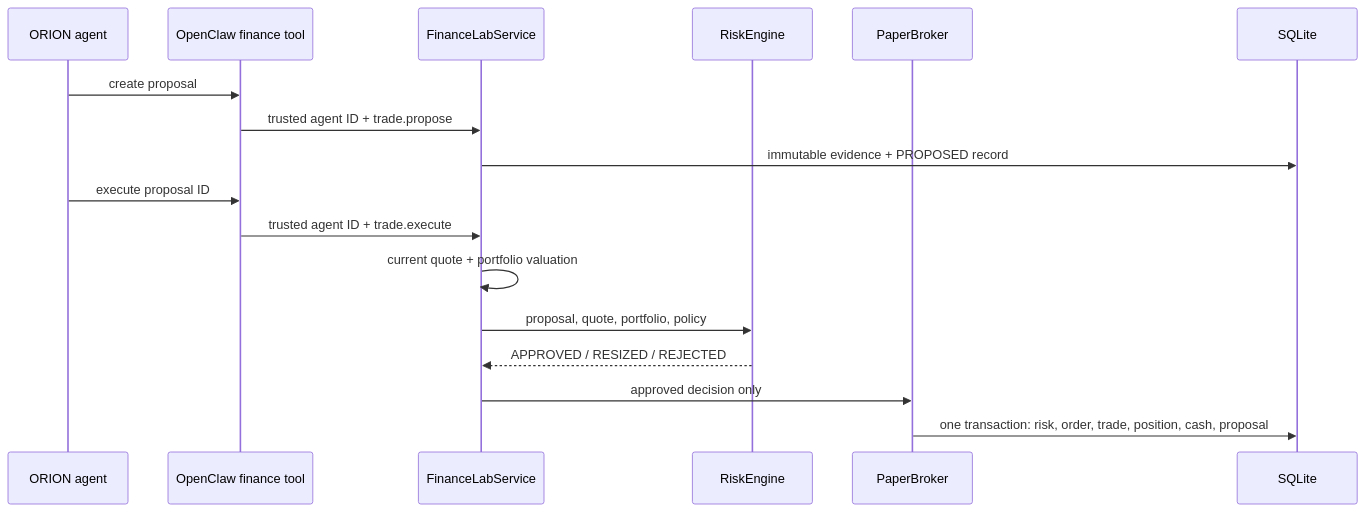
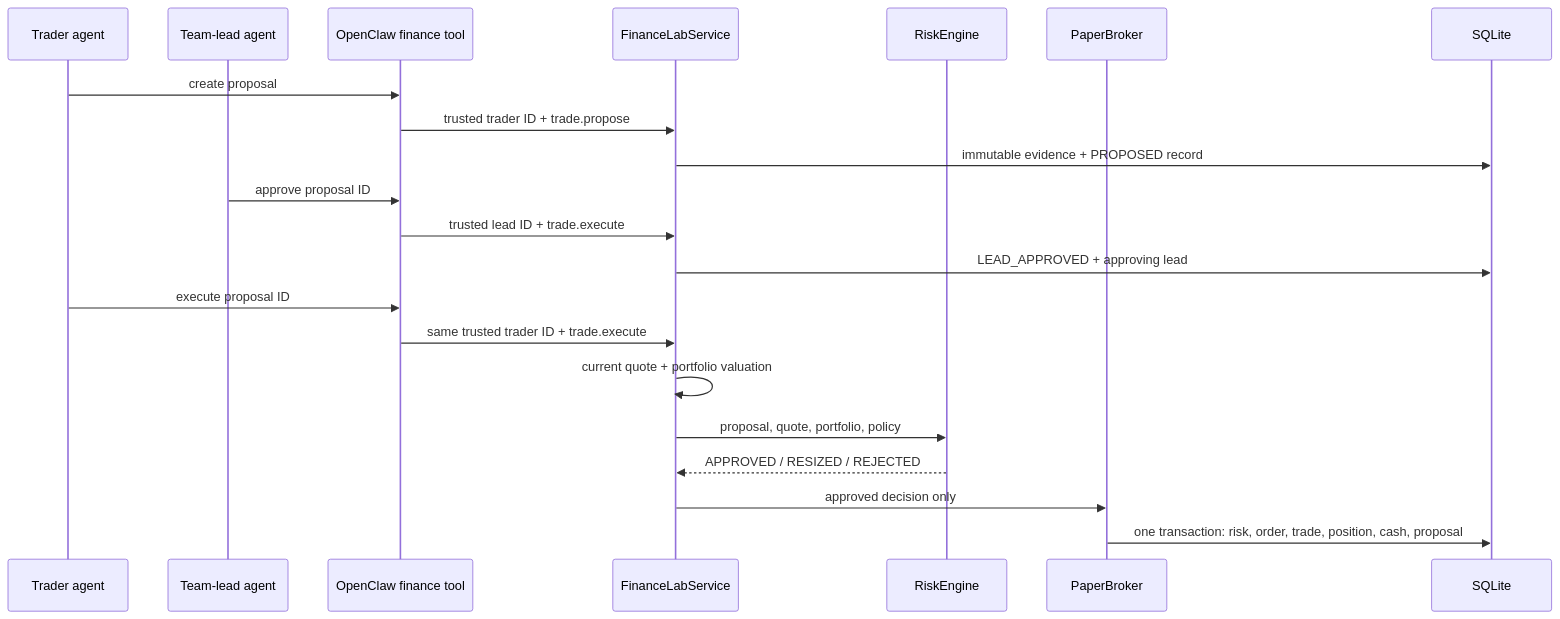
Before and after one commit to tol518/orion-finance-lab: the second of 2 diagrams in docs/architecture.md, drawn with Mermaid. The commit also changed other lines of this file and 20 other files, not shown here.

````diff
--- a/docs/architecture.md
+++ b/docs/architecture.md
@@ -52,20 +73,24 @@
 ```mermaid
 sequenceDiagram
-  participant A as ORION agent
-  participant T as OpenClaw finance tool
+  participant T as Trader agent
+  participant L as Team-lead agent
+  participant O as OpenClaw finance tool
   participant F as FinanceLabService
   participant R as RiskEngine
   participant B as PaperBroker
   participant D as SQLite
 
-  A->>T: create proposal
-  T->>F: trusted agent ID + trade.propose
+  T->>O: create proposal
+  O->>F: trusted trader ID + trade.propose
   F->>D: immutable evidence + PROPOSED record
-  A->>T: execute proposal ID
-  T->>F: trusted agent ID + trade.execute
+  L->>O: approve proposal ID
+  O->>F: trusted lead ID + trade.execute
+  F->>D: LEAD_APPROVED + approving lead
+  T->>O: execute proposal ID
+  O->>F: same trusted trader ID + trade.execute
   F->>F: current quote + portfolio valuation
   F->>R: proposal, quote, portfolio, policy
   R-->>F: APPROVED / RESIZED / REJECTED
   F->>B: approved decision only
   B->>D: one transaction: risk, order, trade, position, cash, proposal
 ```
````
